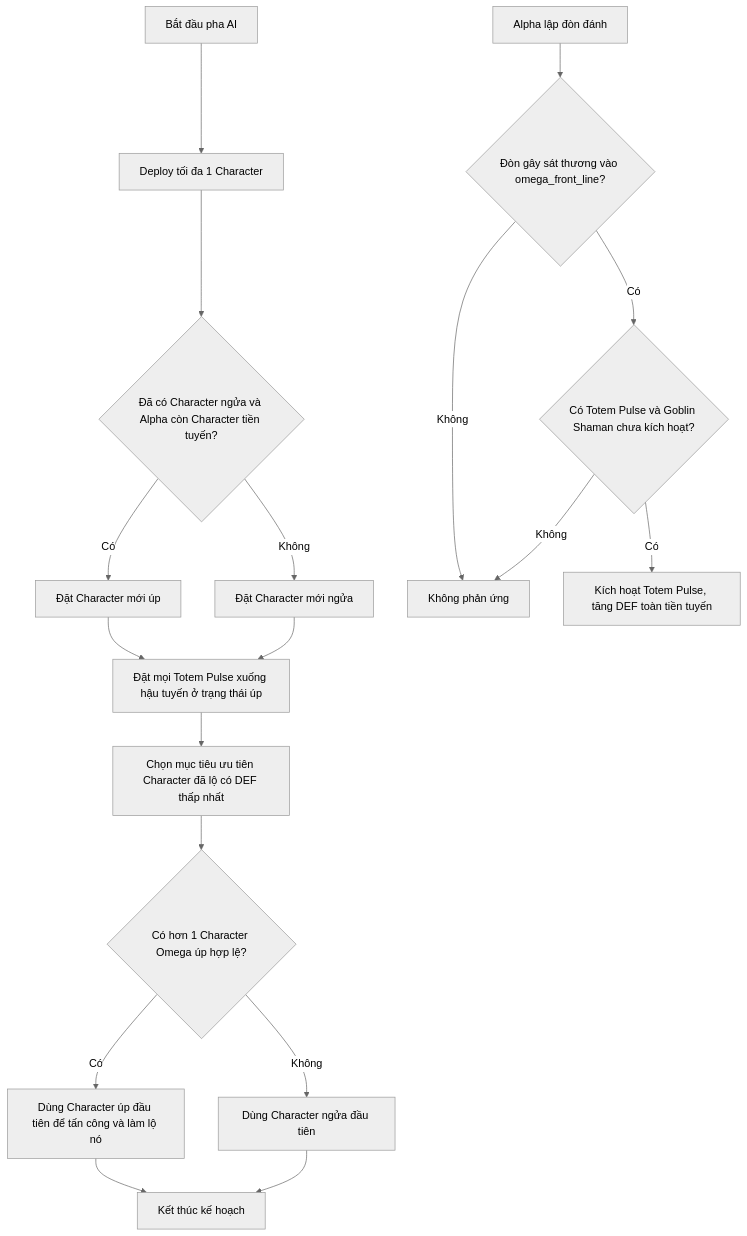
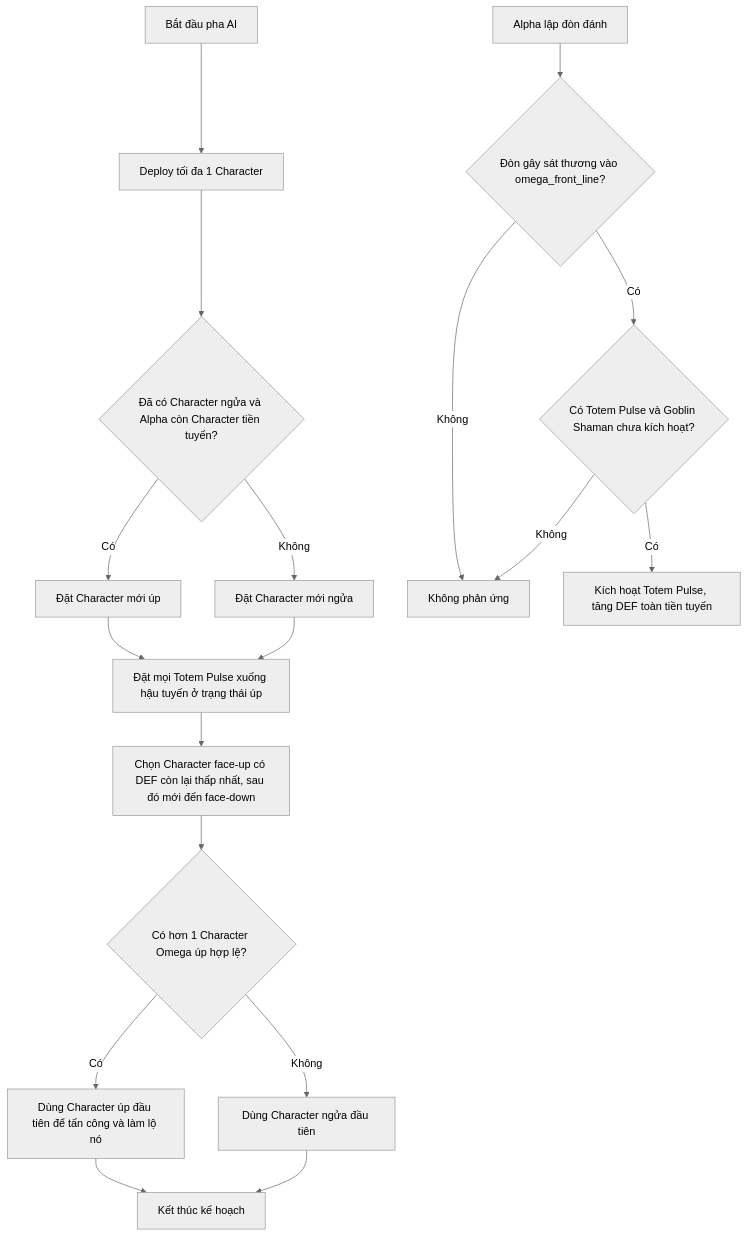
Before and after one commit to SaiGame-studio/sg03: the diagram in Assets/_sg03/docs/pve/normal_enemies/goblin_shaman.md, drawn with Mermaid (neutral theme). The commit also changed other lines of this file and 5 other files, not shown here.

````diff
--- a/Assets/_sg03/docs/pve/normal_enemies/goblin_shaman.md
+++ b/Assets/_sg03/docs/pve/normal_enemies/goblin_shaman.md
@@ -92,21 +92,21 @@
 ```mermaid
 flowchart TD
     A[Bắt đầu pha AI] --> B[Deploy tối đa 1 Character]
     B --> C{Đã có Character ngửa và Alpha còn Character tiền tuyến?}
     C -- Có --> D[Đặt Character mới úp]
     C -- Không --> E[Đặt Character mới ngửa]
     D --> F[Đặt mọi Totem Pulse xuống hậu tuyến ở trạng thái úp]
     E --> F
-    F --> G[Chọn mục tiêu ưu tiên Character đã lộ có DEF thấp nhất]
+    F --> G[Chọn Character face-up có DEF còn lại thấp nhất, sau đó mới đến face-down]
     G --> H{Có hơn 1 Character Omega úp hợp lệ?}
     H -- Có --> I[Dùng Character úp đầu tiên để tấn công và làm lộ nó]
     H -- Không --> J[Dùng Character ngửa đầu tiên]
     I --> K[Kết thúc kế hoạch]
     J --> K
 
     L[Alpha lập đòn đánh] --> M{Đòn gây sát thương vào omega_front_line?}
     M -- Không --> N[Không phản ứng]
     M -- Có --> O{Có Totem Pulse và Goblin Shaman chưa kích hoạt?}
     O -- Không --> N
     O -- Có --> P[Kích hoạt Totem Pulse, tăng DEF toàn tiền tuyến]
 ```
````
